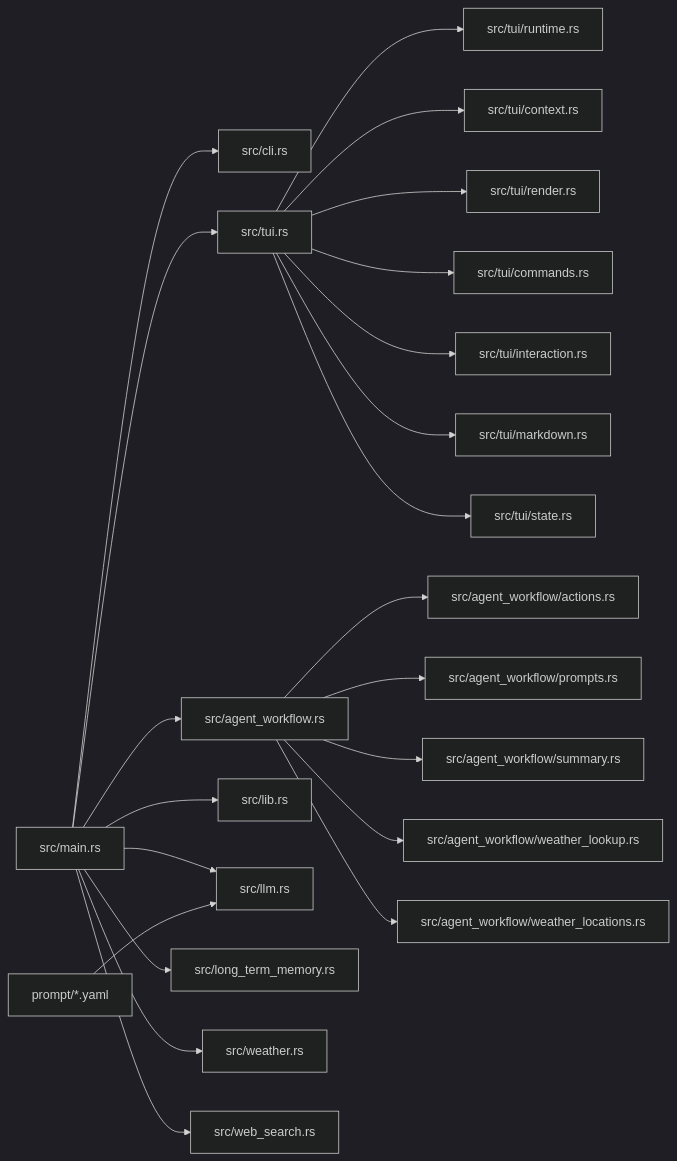
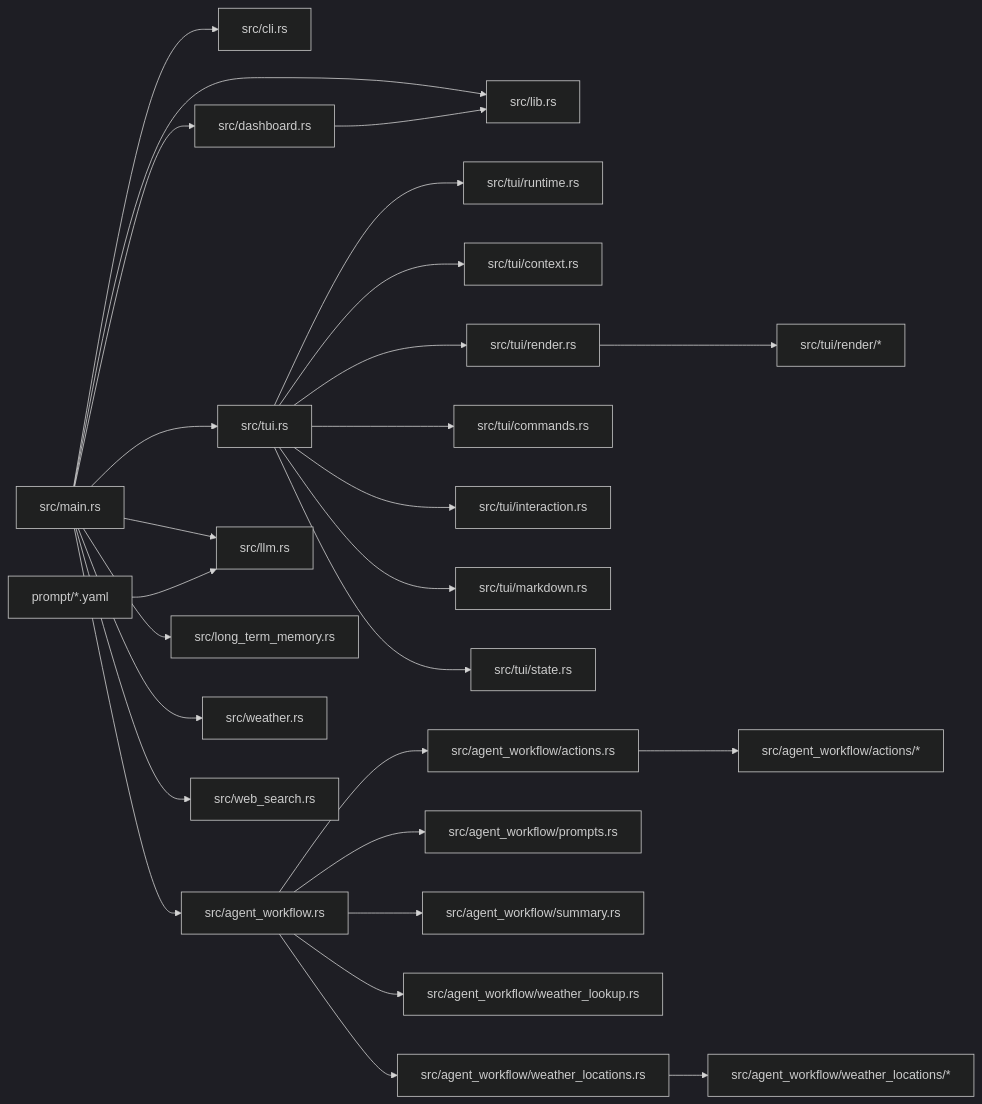
Before and after one commit to espseongsm/agent-short-long-term-memory: the second of 4 diagrams in README.md, drawn with Mermaid (dark theme). The commit also changed other lines of this file and 33 other files, not shown here.

````diff
--- a/README.md
+++ b/README.md
@@ -97,27 +111,32 @@
 ```mermaid
 flowchart LR
     main[src/main.rs] --> cli[src/cli.rs]
+    main --> dashboard[src/dashboard.rs]
     main --> tuiFacade[src/tui.rs]
     main --> workflowFacade[src/agent_workflow.rs]
     main --> memory[src/lib.rs]
     main --> llm[src/llm.rs]
     main --> ltm[src/long_term_memory.rs]
     main --> weather[src/weather.rs]
     main --> web[src/web_search.rs]
 
     tuiFacade --> tuiRuntime[src/tui/runtime.rs]
     tuiFacade --> tuiContext[src/tui/context.rs]
     tuiFacade --> tuiRender[src/tui/render.rs]
+    tuiRender --> tuiRenderModules[src/tui/render/*]
     tuiFacade --> tuiCommands[src/tui/commands.rs]
     tuiFacade --> tuiInteraction[src/tui/interaction.rs]
     tuiFacade --> tuiMarkdown[src/tui/markdown.rs]
     tuiFacade --> tuiState[src/tui/state.rs]
 
     workflowFacade --> actions[src/agent_workflow/actions.rs]
+    actions --> actionModules[src/agent_workflow/actions/*]
     workflowFacade --> prompts[src/agent_workflow/prompts.rs]
     workflowFacade --> summary[src/agent_workflow/summary.rs]
     workflowFacade --> weatherLookup[src/agent_workflow/weather_lookup.rs]
     workflowFacade --> weatherLocations[src/agent_workflow/weather_locations.rs]
+    weatherLocations --> weatherLocationModules[src/agent_workflow/weather_locations/*]
 
     promptsDir[prompt/*.yaml] --> llm
+    dashboard --> memory
 ```
````
